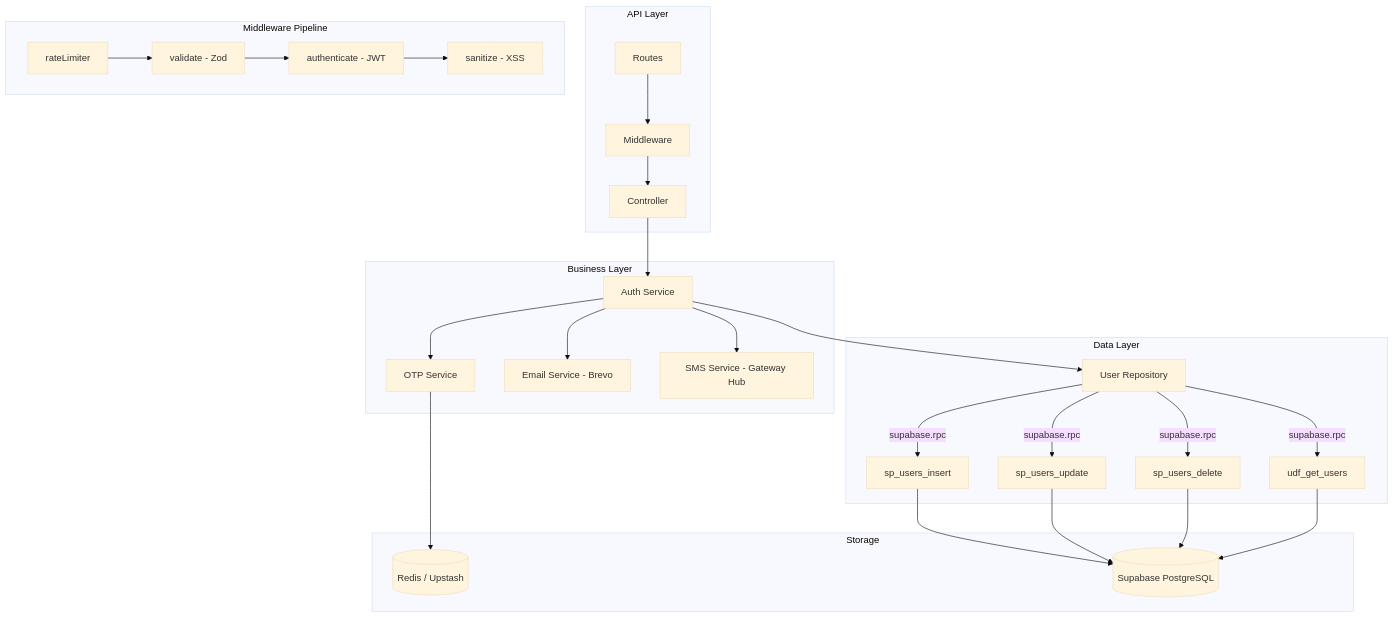
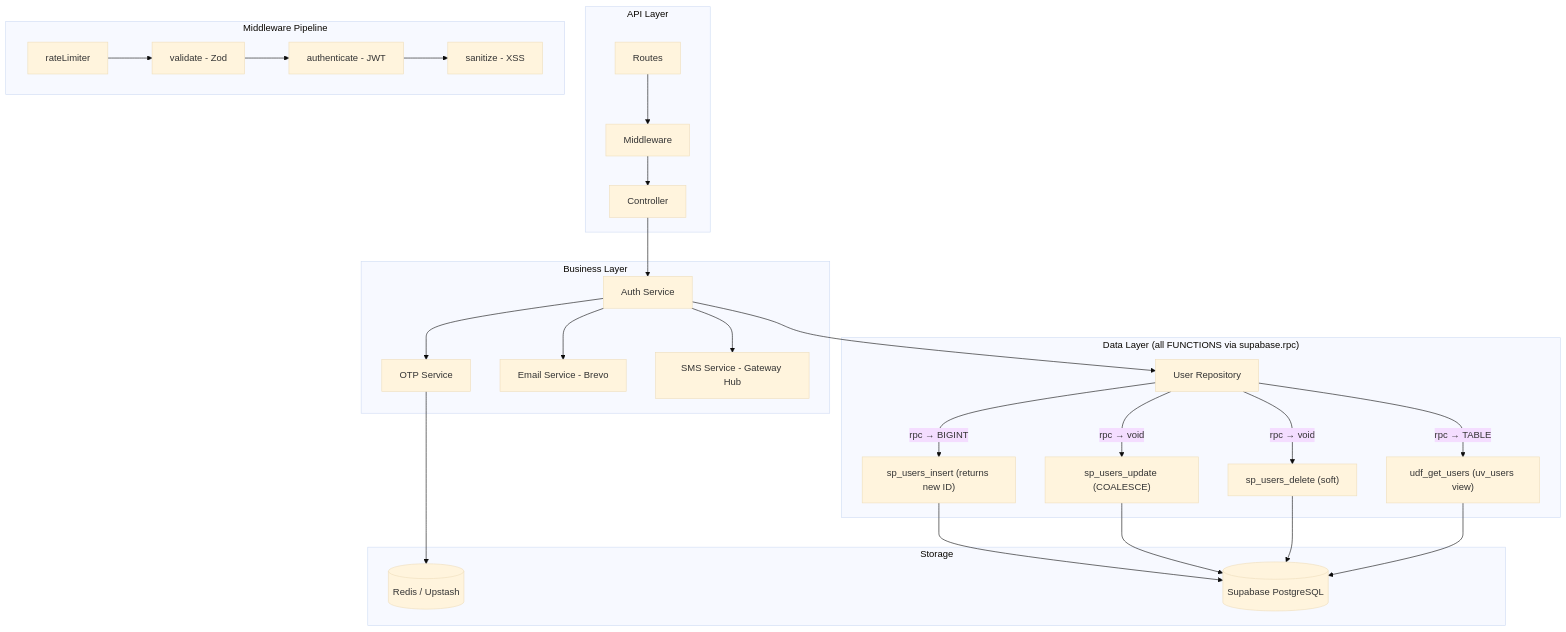
The first of 5 diagrams in docs/v1/auth-api-postman-guide.md (girishinindia/growupmore_api), drawn with Mermaid (base theme) before and after one commit. The commit also changed other lines of this file and 1 other file, not shown here.

First line of the commit message:
Refactor: SPs converted to functions, clean up repository layer

````diff
--- a/docs/v1/auth-api-postman-guide.md
+++ b/docs/v1/auth-api-postman-guide.md
@@ -13,32 +13,32 @@
 ```mermaid
 graph TB
     subgraph "API Layer"
         R[Routes] --> M[Middleware]
         M --> C[Controller]
     end
     subgraph "Middleware Pipeline"
         M1[rateLimiter] --> M2[validate - Zod]
         M2 --> M3[authenticate - JWT]
         M3 --> M4[sanitize - XSS]
     end
     subgraph "Business Layer"
         C --> S[Auth Service]
         S --> OTP[OTP Service]
         S --> EMAIL[Email Service - Brevo]
         S --> SMS[SMS Service - Gateway Hub]
     end
-    subgraph "Data Layer"
+    subgraph "Data Layer (all FUNCTIONS via supabase.rpc)"
         S --> REPO[User Repository]
-        REPO -->|supabase.rpc| SP1[sp_users_insert]
-        REPO -->|supabase.rpc| SP2[sp_users_update]
-        REPO -->|supabase.rpc| SP3[sp_users_delete]
-        REPO -->|supabase.rpc| UDF[udf_get_users]
+        REPO -->|"rpc → BIGINT"| SP1["sp_users_insert (returns new ID)"]
+        REPO -->|"rpc → void"| SP2["sp_users_update (COALESCE)"]
+        REPO -->|"rpc → void"| SP3["sp_users_delete (soft)"]
+        REPO -->|"rpc → TABLE"| UDF["udf_get_users (uv_users view)"]
     end
     subgraph "Storage"
         OTP --> REDIS[(Redis / Upstash)]
         SP1 --> DB[(Supabase PostgreSQL)]
         SP2 --> DB
         SP3 --> DB
         UDF --> DB
     end
 ```
````
